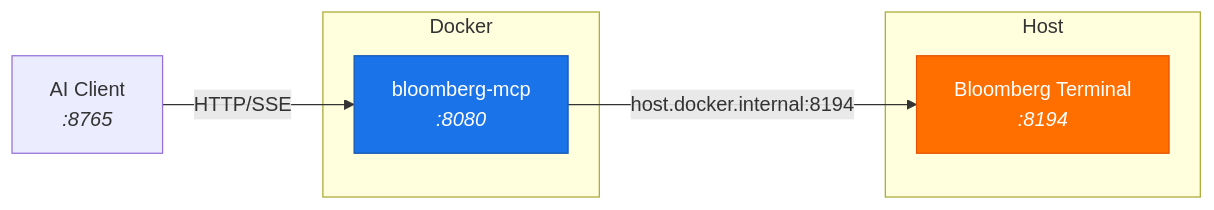
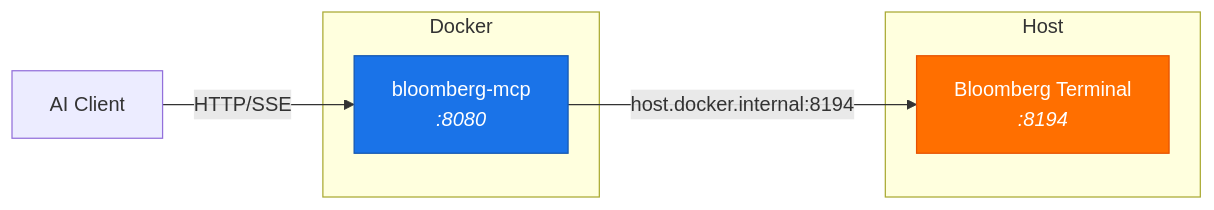
Before and after one commit to QmQsun/Bloomberg-MCP: the seventh of 7 diagrams in README.md, drawn with Mermaid. The commit also changed other lines of this file, not shown here.

Commit message:
docs: update README with architecture diagrams and 22 tools

````diff
--- a/README.md
+++ b/README.md
@@ -410,16 +515,16 @@
 ```mermaid
 graph LR
     subgraph Docker
         MCP["bloomberg-mcp<br/><i>:8080</i>"]
     end
 
     subgraph Host
         BBG["Bloomberg Terminal<br/><i>:8194</i>"]
     end
 
-    Client["AI Client<br/><i>:8765</i>"] -- "HTTP/SSE" --> MCP
+    Client["AI Client"] -- "HTTP/SSE" --> MCP
     MCP -- "host.docker.internal:8194" --> BBG
 
     style MCP fill:#1a73e8,stroke:#1557b0,color:#fff
     style BBG fill:#ff6f00,stroke:#e65100,color:#fff
 ```
````
